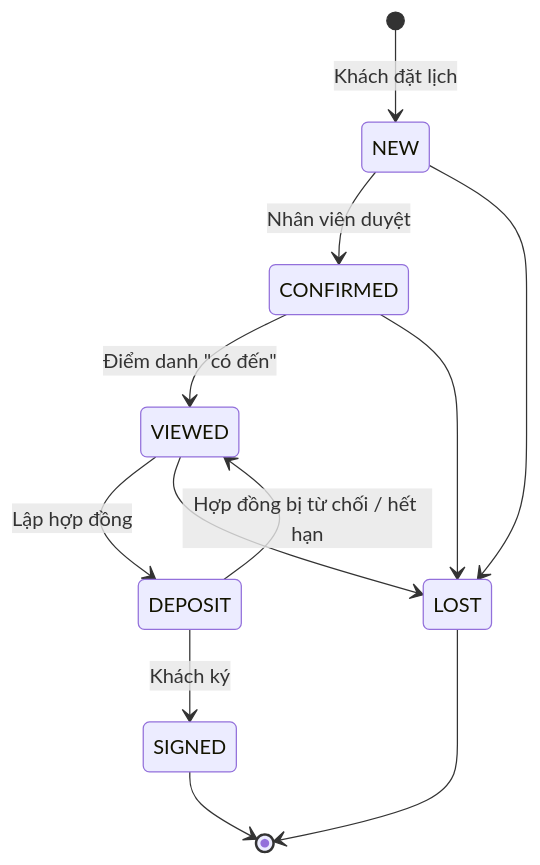
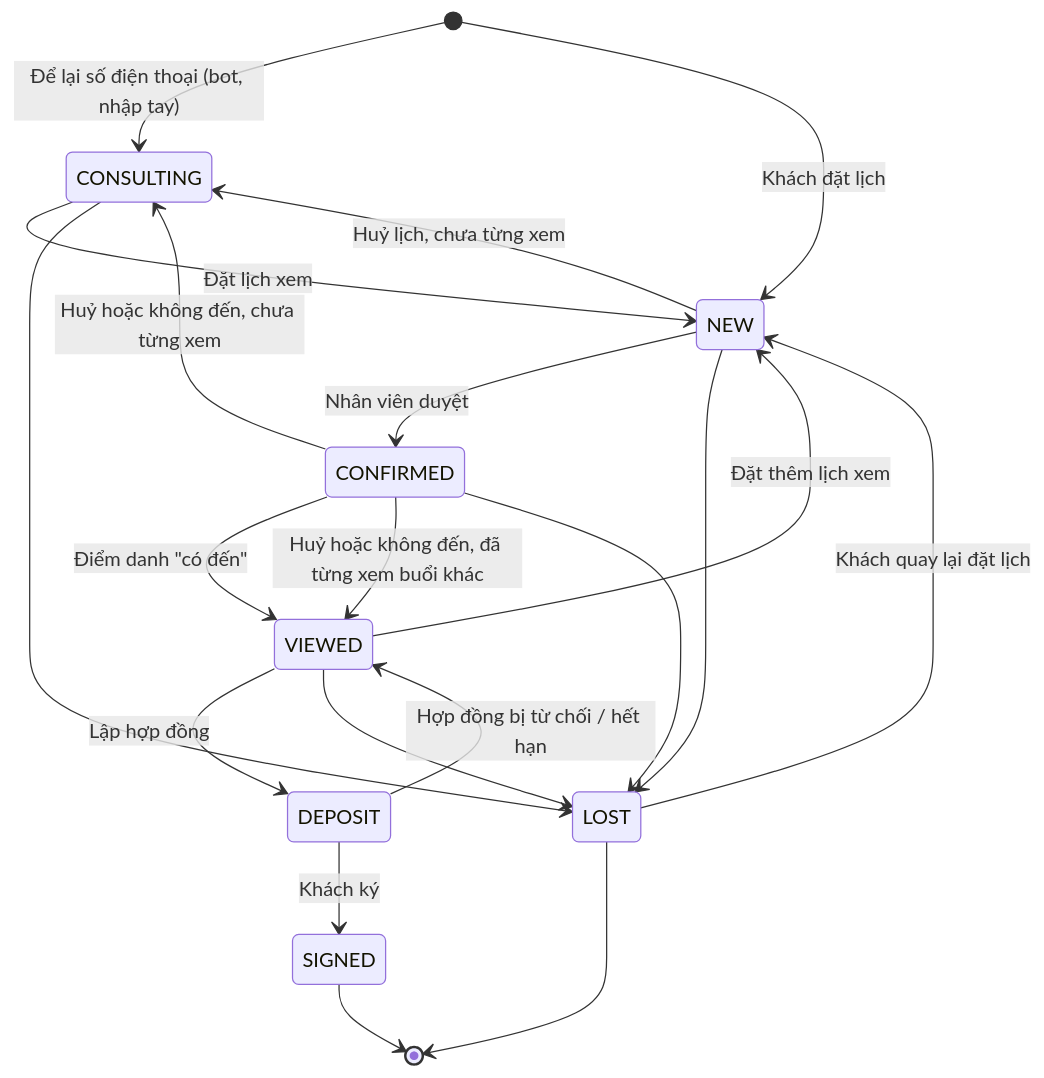
The diagram in docs/nghiep-vu/vai-tro-va-trang-thai.md (hoanhoanbl/realestate-ai-agent), drawn with Mermaid before and after one commit. The commit also changed other lines of this file and 33 other files, not shown here.

````diff
--- a/docs/nghiep-vu/vai-tro-va-trang-thai.md
+++ b/docs/nghiep-vu/vai-tro-va-trang-thai.md
@@ -99,14 +100,22 @@
 ```mermaid
 stateDiagram-v2
+    [*] --> CONSULTING: Để lại số điện thoại (bot, nhập tay)
     [*] --> NEW: Khách đặt lịch
+    CONSULTING --> NEW: Đặt lịch xem
     NEW --> CONFIRMED: Nhân viên duyệt
+    NEW --> CONSULTING: Huỷ lịch, chưa từng xem
+    CONFIRMED --> CONSULTING: Huỷ hoặc không đến, chưa từng xem
     CONFIRMED --> VIEWED: Điểm danh "có đến"
+    CONFIRMED --> VIEWED: Huỷ hoặc không đến, đã từng xem buổi khác
+    VIEWED --> NEW: Đặt thêm lịch xem
+    LOST --> NEW: Khách quay lại đặt lịch
+    CONSULTING --> LOST
     VIEWED --> DEPOSIT: Lập hợp đồng
     DEPOSIT --> VIEWED: Hợp đồng bị từ chối / hết hạn
     DEPOSIT --> SIGNED: Khách ký
     NEW --> LOST
     CONFIRMED --> LOST
     VIEWED --> LOST
     SIGNED --> [*]
     LOST --> [*]
 ```
````
